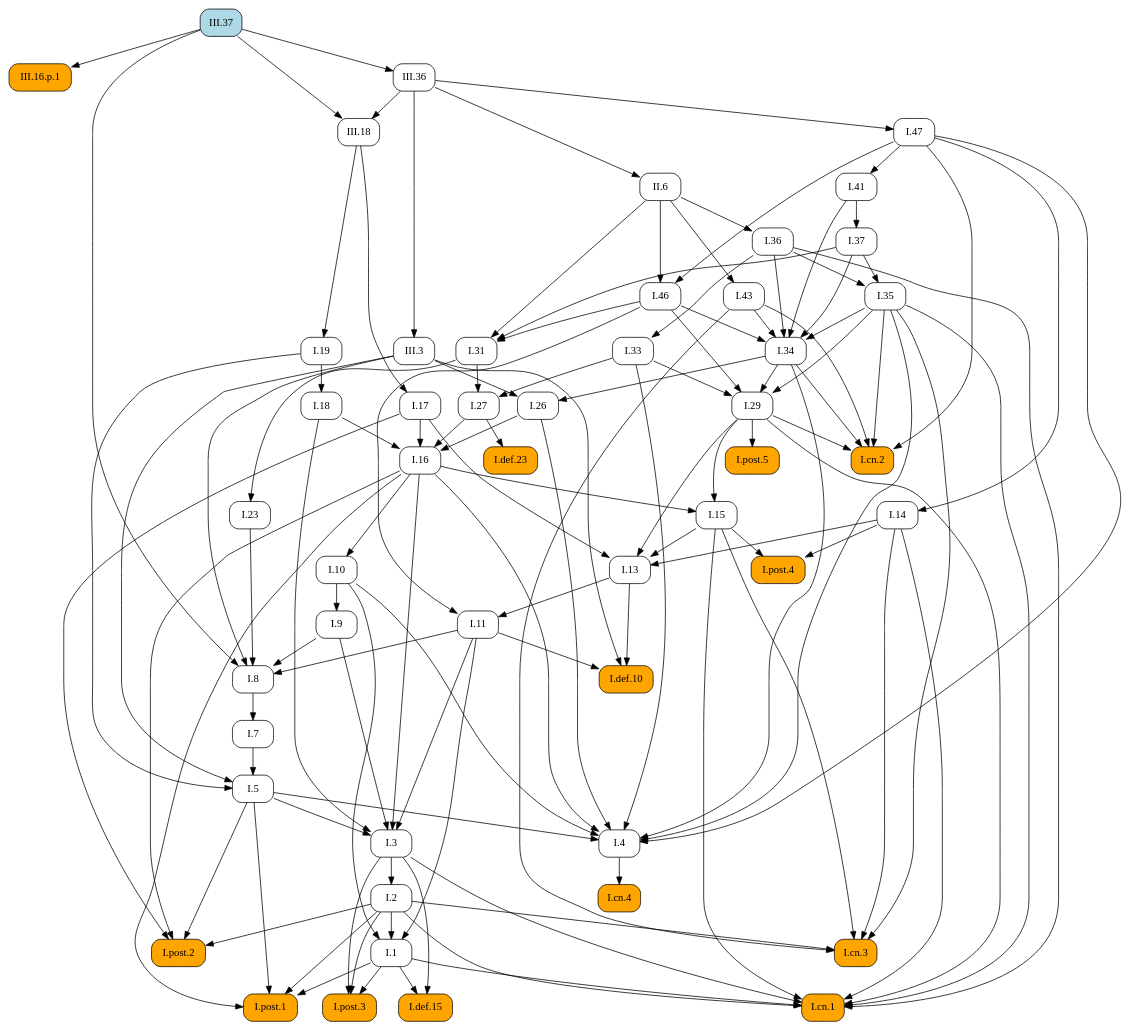
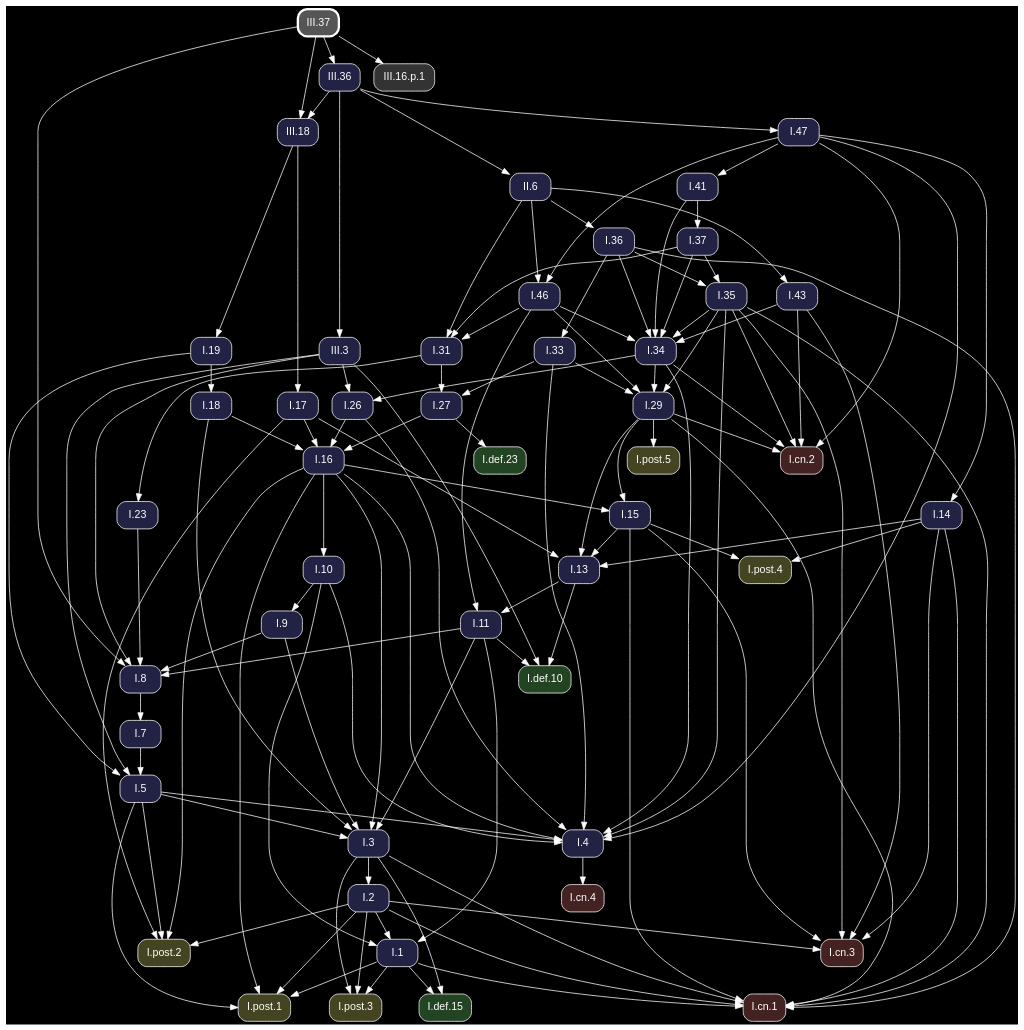
The diagram in docsrc/heath/III/37/index.rst (geometor/elements), drawn with Graphviz before and after one commit. The commit also changed other lines of this file and 1200 other files, not shown here.

Commit message:
update dependency graphs

```diff
--- a/docsrc/heath/III/37/index.rst
+++ b/docsrc/heath/III/37/index.rst
@@ -69,97 +69,67 @@
 .. graphviz::
 
    digraph {
+     bgcolor="black";
+     node [shape=box, style="rounded,filled", fontname="Helvetica", color="white", fontcolor="white"];
+     edge [color="white", fontcolor="white"];
      rankdir="TB";
-     node [shape=box, style=rounded];
-     "I.23" [URL="/heath/I/23/", target="_top"];
-     "I.9" [URL="/heath/I/9/", target="_top"];
-     "I.33" [URL="/heath/I/33/", target="_top"];
-     "III.16.p.1" [style="rounded,filled", fillcolor=orange];
-     "I.def.15" [style="rounded,filled", fillcolor=orange, URL="/heath/I/def.15/", target="_top"];
-     "I.47" [URL="/heath/I/47/", target="_top"];
-     "II.6" [URL="/heath/II/6/", target="_top"];
-     "I.post.3" [style="rounded,filled", fillcolor=orange, URL="/heath/I/post.3/", target="_top"];
-     "I.post.1" [style="rounded,filled", fillcolor=orange, URL="/heath/I/post.1/", target="_top"];
-     "I.19" [URL="/heath/I/19/", target="_top"];
-     "I.43" [URL="/heath/I/43/", target="_top"];
-     "I.31" [URL="/heath/I/31/", target="_top"];
-     "I.def.10" [style="rounded,filled", fillcolor=orange, URL="/heath/I/def.10/", target="_top"];
-     "I.18" [URL="/heath/I/18/", target="_top"];
-     "I.27" [URL="/heath/I/27/", target="_top"];
-     "I.14" [URL="/heath/I/14/", target="_top"];
-     "I.34" [URL="/heath/I/34/", target="_top"];
-     "I.3" [URL="/heath/I/3/", target="_top"];
-     "I.35" [URL="/heath/I/35/", target="_top"];
-     "I.cn.1" [style="rounded,filled", fillcolor=orange, URL="/heath/I/cn.1/", target="_top"];
-     "III.18" [URL="/heath/III/18/", target="_top"];
-     "I.7" [URL="/heath/I/7/", target="_top"];
-     "III.37" [style="rounded,filled", fillcolor=lightblue, URL="/heath/III/37/", target="_top"];
-     "I.2" [URL="/heath/I/2/", target="_top"];
-     "III.36" [URL="/heath/III/36/", target="_top"];
-     "I.36" [URL="/heath/I/36/", target="_top"];
-     "I.13" [URL="/heath/I/13/", target="_top"];
-     "I.post.4" [style="rounded,filled", fillcolor=orange, URL="/heath/I/post.4/", target="_top"];
-     "I.4" [URL="/heath/I/4/", target="_top"];
-     "I.1" [URL="/heath/I/1/", target="_top"];
-     "I.5" [URL="/heath/I/5/", target="_top"];
-     "I.17" [URL="/heath/I/17/", target="_top"];
-     "I.8" [URL="/heath/I/8/", target="_top"];
-     "III.3" [URL="/heath/III/3/", target="_top"];
-     "I.37" [URL="/heath/I/37/", target="_top"];
-     "I.cn.3" [style="rounded,filled", fillcolor=orange, URL="/heath/I/cn.3/", target="_top"];
-     "I.29" [URL="/heath/I/29/", target="_top"];
-     "I.16" [URL="/heath/I/16/", target="_top"];
-     "I.15" [URL="/heath/I/15/", target="_top"];
-     "I.10" [URL="/heath/I/10/", target="_top"];
-     "I.11" [URL="/heath/I/11/", target="_top"];
-     "I.def.23" [style="rounded,filled", fillcolor=orange, URL="/heath/I/def.23/", target="_top"];
-     "I.cn.2" [style="rounded,filled", fillcolor=orange, URL="/heath/I/cn.2/", target="_top"];
-     "I.post.5" [style="rounded,filled", fillcolor=orange, URL="/heath/I/post.5/", target="_top"];
-     "I.cn.4" [style="rounded,filled", fillcolor=orange, URL="/heath/I/cn.4/", target="_top"];
-     "I.post.2" [style="rounded,filled", fillcolor=orange, URL="/heath/I/post.2/", target="_top"];
-     "I.41" [URL="/heath/I/41/", target="_top"];
-     "I.46" [URL="/heath/I/46/", target="_top"];
-     "I.26" [URL="/heath/I/26/", target="_top"];
-     "I.31" -> "I.23";
-     "I.10" -> "I.9";
-     "I.36" -> "I.33";
-     "III.37" -> "III.16.p.1";
-     "I.1" -> "I.def.15";
-     "I.3" -> "I.def.15";
-     "III.36" -> "I.47";
-     "III.36" -> "II.6";
-     "I.1" -> "I.post.3";
-     "I.2" -> "I.post.3";
-     "I.3" -> "I.post.3";
-     "I.1" -> "I.post.1";
-     "I.2" -> "I.post.1";
-     "I.5" -> "I.post.1";
-     "I.16" -> "I.post.1";
-     "III.18" -> "I.19";
-     "II.6" -> "I.43";
+     "I.31" [fillcolor="#222244", URL="/heath/I/31/", target="_top"];
+     "III.37" [penwidth=3, color="white", fillcolor="#555555", URL="/heath/III/37/", target="_top"];
+     "I.3" [fillcolor="#222244", URL="/heath/I/3/", target="_top"];
+     "I.cn.1" [fillcolor="#442222", URL="/heath/I/cn.1/", target="_top"];
+     "I.19" [fillcolor="#222244", URL="/heath/I/19/", target="_top"];
+     "I.def.10" [fillcolor="#224422", URL="/heath/I/def.10/", target="_top"];
+     "I.15" [fillcolor="#222244", URL="/heath/I/15/", target="_top"];
+     "III.18" [fillcolor="#222244", URL="/heath/III/18/", target="_top"];
+     "I.13" [fillcolor="#222244", URL="/heath/I/13/", target="_top"];
+     "I.27" [fillcolor="#222244", URL="/heath/I/27/", target="_top"];
+     "I.2" [fillcolor="#222244", URL="/heath/I/2/", target="_top"];
+     "I.41" [fillcolor="#222244", URL="/heath/I/41/", target="_top"];
+     "I.cn.2" [fillcolor="#442222", URL="/heath/I/cn.2/", target="_top"];
+     "I.9" [fillcolor="#222244", URL="/heath/I/9/", target="_top"];
+     "I.43" [fillcolor="#222244", URL="/heath/I/43/", target="_top"];
+     "II.6" [fillcolor="#222244", URL="/heath/II/6/", target="_top"];
+     "I.1" [fillcolor="#222244", URL="/heath/I/1/", target="_top"];
+     "I.post.5" [fillcolor="#444422", URL="/heath/I/post.5/", target="_top"];
+     "I.post.4" [fillcolor="#444422", URL="/heath/I/post.4/", target="_top"];
+     "I.23" [fillcolor="#222244", URL="/heath/I/23/", target="_top"];
+     "I.26" [fillcolor="#222244", URL="/heath/I/26/", target="_top"];
+     "I.8" [fillcolor="#222244", URL="/heath/I/8/", target="_top"];
+     "I.4" [fillcolor="#222244", URL="/heath/I/4/", target="_top"];
+     "I.7" [fillcolor="#222244", URL="/heath/I/7/", target="_top"];
+     "I.5" [fillcolor="#222244", URL="/heath/I/5/", target="_top"];
+     "I.10" [fillcolor="#222244", URL="/heath/I/10/", target="_top"];
+     "I.46" [fillcolor="#222244", URL="/heath/I/46/", target="_top"];
+     "III.36" [fillcolor="#222244", URL="/heath/III/36/", target="_top"];
+     "I.post.1" [fillcolor="#444422", URL="/heath/I/post.1/", target="_top"];
+     "I.11" [fillcolor="#222244", URL="/heath/I/11/", target="_top"];
+     "I.16" [fillcolor="#222244", URL="/heath/I/16/", target="_top"];
+     "I.37" [fillcolor="#222244", URL="/heath/I/37/", target="_top"];
+     "I.cn.3" [fillcolor="#442222", URL="/heath/I/cn.3/", target="_top"];
+     "I.36" [fillcolor="#222244", URL="/heath/I/36/", target="_top"];
+     "I.post.2" [fillcolor="#444422", URL="/heath/I/post.2/", target="_top"];
+     "I.29" [fillcolor="#222244", URL="/heath/I/29/", target="_top"];
+     "I.cn.4" [fillcolor="#442222", URL="/heath/I/cn.4/", target="_top"];
+     "I.47" [fillcolor="#222244", URL="/heath/I/47/", target="_top"];
+     "I.14" [fillcolor="#222244", URL="/heath/I/14/", target="_top"];
+     "I.35" [fillcolor="#222244", URL="/heath/I/35/", target="_top"];
+     "I.def.23" [fillcolor="#224422", URL="/heath/I/def.23/", target="_top"];
+     "III.3" [fillcolor="#222244", URL="/heath/III/3/", target="_top"];
+     "I.post.3" [fillcolor="#444422", URL="/heath/I/post.3/", target="_top"];
+     "I.18" [fillcolor="#222244", URL="/heath/I/18/", target="_top"];
+     "I.33" [fillcolor="#222244", URL="/heath/I/33/", target="_top"];
+     "I.34" [fillcolor="#222244", URL="/heath/I/34/", target="_top"];
+     "I.def.15" [fillcolor="#224422", URL="/heath/I/def.15/", target="_top"];
+     "I.17" [fillcolor="#222244", URL="/heath/I/17/", target="_top"];
+     "III.16.p.1" [fillcolor="#333333"];
      "I.37" -> "I.31";
      "I.46" -> "I.31";
      "II.6" -> "I.31";
-     "I.11" -> "I.def.10";
-     "I.13" -> "I.def.10";
-     "III.3" -> "I.def.10";
-     "I.19" -> "I.18";
-     "I.31" -> "I.27";
-     "I.33" -> "I.27";
-     "I.47" -> "I.14";
-     "I.35" -> "I.34";
-     "I.36" -> "I.34";
-     "I.37" -> "I.34";
-     "I.41" -> "I.34";
-     "I.43" -> "I.34";
-     "I.46" -> "I.34";
      "I.5" -> "I.3";
      "I.9" -> "I.3";
      "I.11" -> "I.3";
      "I.16" -> "I.3";
      "I.18" -> "I.3";
-     "I.36" -> "I.35";
-     "I.37" -> "I.35";
      "I.1" -> "I.cn.1";
      "I.2" -> "I.cn.1";
      "I.3" -> "I.cn.1";
@@ -168,18 +138,44 @@
      "I.29" -> "I.cn.1";
      "I.35" -> "I.cn.1";
      "I.36" -> "I.cn.1";
+     "III.18" -> "I.19";
+     "I.11" -> "I.def.10";
+     "I.13" -> "I.def.10";
+     "III.3" -> "I.def.10";
+     "I.16" -> "I.15";
+     "I.29" -> "I.15";
      "III.36" -> "III.18";
      "III.37" -> "III.18";
-     "I.8" -> "I.7";
-     "I.3" -> "I.2";
-     "III.37" -> "III.36";
-     "II.6" -> "I.36";
      "I.14" -> "I.13";
      "I.15" -> "I.13";
      "I.17" -> "I.13";
      "I.29" -> "I.13";
+     "I.31" -> "I.27";
+     "I.33" -> "I.27";
+     "I.3" -> "I.2";
+     "I.47" -> "I.41";
+     "I.29" -> "I.cn.2";
+     "I.34" -> "I.cn.2";
+     "I.35" -> "I.cn.2";
+     "I.43" -> "I.cn.2";
+     "I.47" -> "I.cn.2";
+     "I.10" -> "I.9";
+     "II.6" -> "I.43";
+     "III.36" -> "II.6";
+     "I.2" -> "I.1";
+     "I.10" -> "I.1";
+     "I.11" -> "I.1";
+     "I.29" -> "I.post.5";
      "I.14" -> "I.post.4";
      "I.15" -> "I.post.4";
+     "I.31" -> "I.23";
+     "I.34" -> "I.26";
+     "III.3" -> "I.26";
+     "I.9" -> "I.8";
+     "I.11" -> "I.8";
+     "I.23" -> "I.8";
+     "III.3" -> "I.8";
+     "III.37" -> "I.8";
      "I.5" -> "I.4";
      "I.10" -> "I.4";
      "I.16" -> "I.4";
@@ -188,53 +184,59 @@
      "I.34" -> "I.4";
      "I.35" -> "I.4";
      "I.47" -> "I.4";
-     "I.2" -> "I.1";
-     "I.10" -> "I.1";
-     "I.11" -> "I.1";
+     "I.8" -> "I.7";
      "I.7" -> "I.5";
      "I.19" -> "I.5";
      "III.3" -> "I.5";
-     "III.18" -> "I.17";
-     "I.9" -> "I.8";
-     "I.11" -> "I.8";
-     "I.23" -> "I.8";
-     "III.3" -> "I.8";
-     "III.37" -> "I.8";
-     "III.36" -> "III.3";
+     "I.16" -> "I.10";
+     "I.47" -> "I.46";
+     "II.6" -> "I.46";
+     "III.37" -> "III.36";
+     "I.1" -> "I.post.1";
+     "I.2" -> "I.post.1";
+     "I.5" -> "I.post.1";
+     "I.16" -> "I.post.1";
+     "I.13" -> "I.11";
+     "I.46" -> "I.11";
+     "I.17" -> "I.16";
+     "I.18" -> "I.16";
+     "I.26" -> "I.16";
+     "I.27" -> "I.16";
      "I.41" -> "I.37";
      "I.2" -> "I.cn.3";
      "I.14" -> "I.cn.3";
      "I.15" -> "I.cn.3";
      "I.35" -> "I.cn.3";
      "I.43" -> "I.cn.3";
+     "II.6" -> "I.36";
+     "I.2" -> "I.post.2";
+     "I.5" -> "I.post.2";
+     "I.16" -> "I.post.2";
+     "I.17" -> "I.post.2";
      "I.33" -> "I.29";
      "I.34" -> "I.29";
      "I.35" -> "I.29";
      "I.46" -> "I.29";
-     "I.17" -> "I.16";
-     "I.18" -> "I.16";
-     "I.26" -> "I.16";
-     "I.27" -> "I.16";
-     "I.16" -> "I.15";
-     "I.29" -> "I.15";
-     "I.16" -> "I.10";
-     "I.13" -> "I.11";
-     "I.46" -> "I.11";
+     "I.4" -> "I.cn.4";
+     "III.36" -> "I.47";
+     "I.47" -> "I.14";
+     "I.36" -> "I.35";
+     "I.37" -> "I.35";
      "I.27" -> "I.def.23";
-     "I.29" -> "I.cn.2";
-     "I.34" -> "I.cn.2";
-     "I.35" -> "I.cn.2";
-     "I.43" -> "I.cn.2";
-     "I.47" -> "I.cn.2";
-     "I.29" -> "I.post.5";
-     "I.4" -> "I.cn.4";
-     "I.2" -> "I.post.2";
-     "I.5" -> "I.post.2";
-     "I.16" -> "I.post.2";
-     "I.17" -> "I.post.2";
-     "I.47" -> "I.41";
-     "I.47" -> "I.46";
-     "II.6" -> "I.46";
-     "I.34" -> "I.26";
-     "III.3" -> "I.26";
+     "III.36" -> "III.3";
+     "I.1" -> "I.post.3";
+     "I.2" -> "I.post.3";
+     "I.3" -> "I.post.3";
+     "I.19" -> "I.18";
+     "I.36" -> "I.33";
+     "I.35" -> "I.34";
+     "I.36" -> "I.34";
+     "I.37" -> "I.34";
+     "I.41" -> "I.34";
+     "I.43" -> "I.34";
+     "I.46" -> "I.34";
+     "I.1" -> "I.def.15";
+     "I.3" -> "I.def.15";
+     "III.18" -> "I.17";
+     "III.37" -> "III.16.p.1";
    }
```
